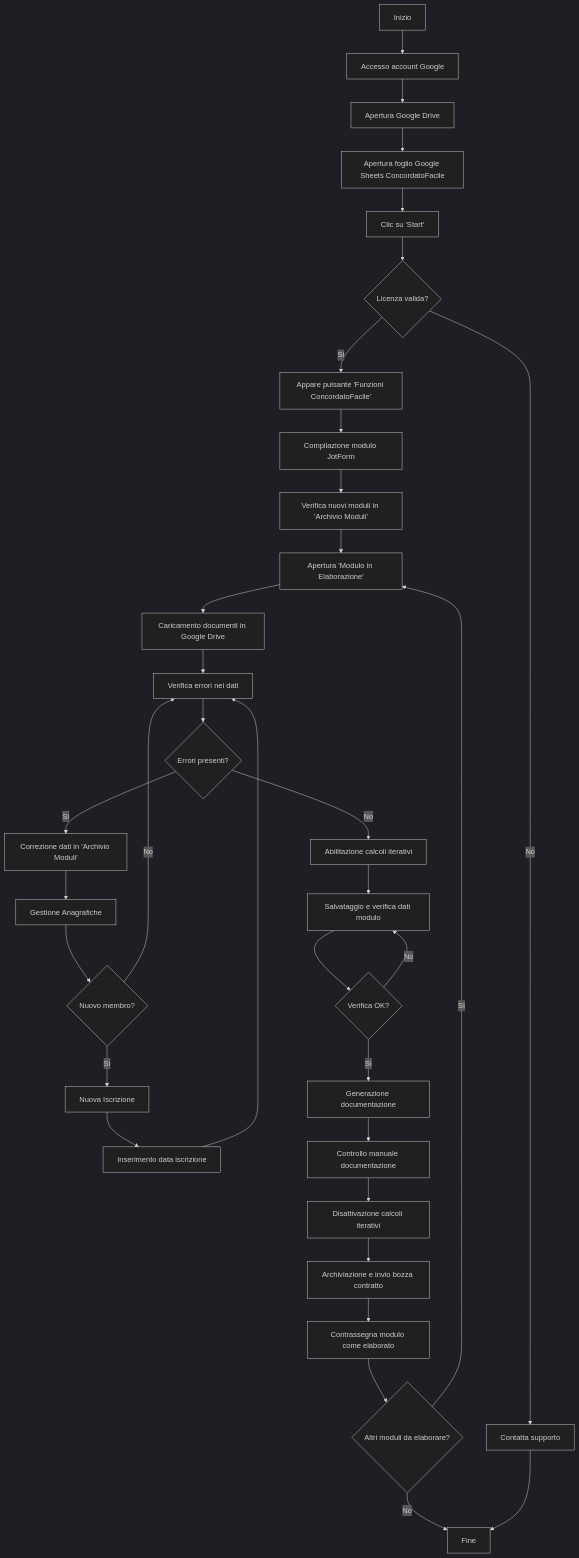
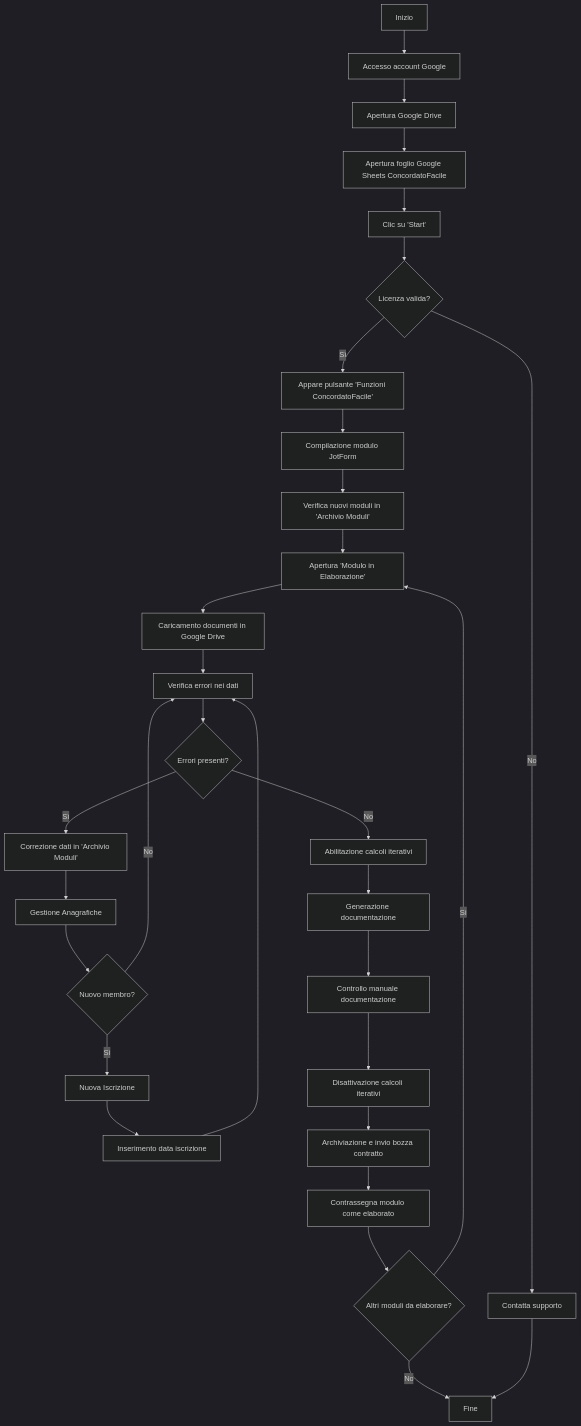
The diagram in readme.md (ConcordatoFacile/guida-utente), drawn with Mermaid (dark theme) before and after one commit.

````diff
--- a/readme.md
+++ b/readme.md
@@ -233,36 +233,33 @@
 ```mermaid
 graph TD
     A[Inizio] --> B[Accesso account Google]
     B --> C[Apertura Google Drive]
     C --> D[Apertura foglio Google Sheets ConcordatoFacile]
     D --> E[Clic su 'Start']
     E --> F{Licenza valida?}
     F -->|No| Z[Contatta supporto]
     F -->|Sì| G[Appare pulsante 'Funzioni ConcordatoFacile']
     G --> H[Compilazione modulo JotForm]
     H --> I[Verifica nuovi moduli in 'Archivio Moduli']
     I --> J[Apertura 'Modulo in Elaborazione']
     J --> K[Caricamento documenti in Google Drive]
     K --> L[Verifica errori nei dati]
     L --> M{Errori presenti?}
     M -->|Sì| N[Correzione dati in 'Archivio Moduli']
     N --> O[Gestione Anagrafiche]
     O --> P{Nuovo membro?}
     P -->|Sì| Q[Nuova Iscrizione]
     Q --> R[Inserimento data iscrizione]
     R --> L
     P -->|No| L
     M -->|No| S[Abilitazione calcoli iterativi]
-    S --> TU[Salvataggio e verifica dati modulo]
-    TU --> V{Verifica OK?}
-    V -->|No| TU
-    V -->|Sì| W[Generazione documentazione]
+    S --> W[Generazione documentazione]
     W --> X[Controllo manuale documentazione]
     X --> Y[Disattivazione calcoli iterativi]
     Y --> AA[Archiviazione e invio bozza contratto]
     AA --> BB[Contrassegna modulo come elaborato]
     BB --> CC{Altri moduli da elaborare?}
     CC -->|Sì| J
     CC -->|No| DD[Fine]
     Z --> DD
 ```
````
